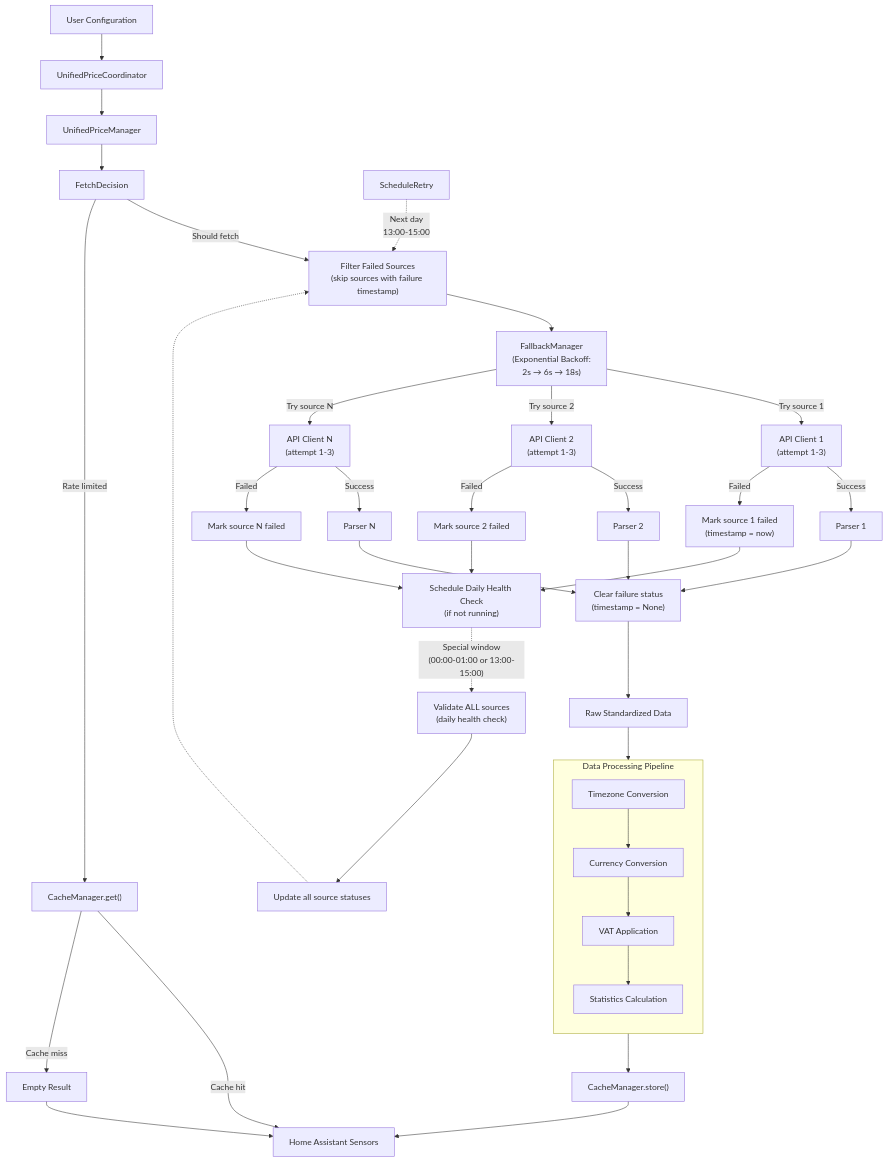
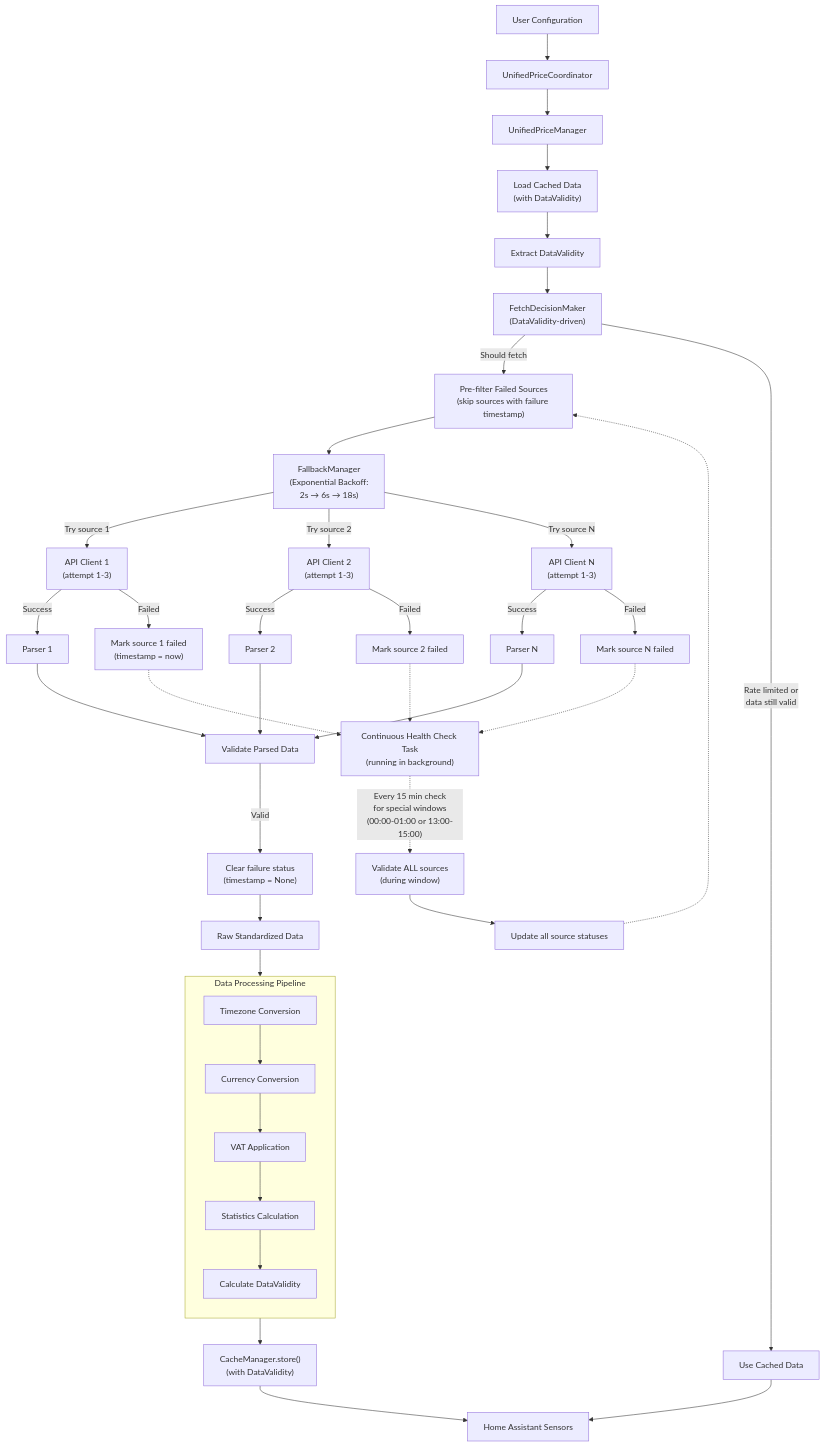
Before and after one commit to enoch85/ge-spot: the first of 4 diagrams in README.md, drawn with Mermaid. The commit also changed other lines of this file and 11 other files, not shown here.

````diff
--- a/README.md
+++ b/README.md
@@ -514,55 +514,56 @@
 ```mermaid
 flowchart TD
     Config["User Configuration"] --> Coord["UnifiedPriceCoordinator"]
     Coord --> UPM["UnifiedPriceManager"]
     
-    UPM --> FetchDecision["FetchDecision"]
-    FetchDecision --> |"Should fetch"| FilterSources["Filter Failed Sources<br/>(skip sources with failure timestamp)"]
-    FetchDecision --> |"Rate limited"| Cache["CacheManager.get()"]
+    UPM --> LoadCache["Load Cached Data<br/>(with DataValidity)"]
+    LoadCache --> ExtractValidity["Extract DataValidity"]
+    ExtractValidity --> FetchDecision["FetchDecisionMaker<br/>(DataValidity-driven)"]
+    
+    FetchDecision --> |"Should fetch"| FilterSources["Pre-filter Failed Sources<br/>(skip sources with failure timestamp)"]
+    FetchDecision --> |"Rate limited or<br/>data still valid"| UseCache["Use Cached Data"]
     
     FilterSources --> FallbackMgr["FallbackManager<br/>(Exponential Backoff:<br/>2s → 6s → 18s)"]
     
     FallbackMgr --> |"Try source 1"| API1["API Client 1<br/>(attempt 1-3)"]
     FallbackMgr --> |"Try source 2"| API2["API Client 2<br/>(attempt 1-3)"] 
     FallbackMgr --> |"Try source N"| APIN["API Client N<br/>(attempt 1-3)"]
     
     API1 --> |"Success"| Parser1["Parser 1"]
     API2 --> |"Success"| Parser2["Parser 2"]
     APIN --> |"Success"| ParserN["Parser N"]
     
     API1 --> |"Failed"| MarkFailed1["Mark source 1 failed<br/>(timestamp = now)"]
     API2 --> |"Failed"| MarkFailed2["Mark source 2 failed"]
     APIN --> |"Failed"| MarkFailedN["Mark source N failed"]
     
-    MarkFailed1 --> ScheduleHealthCheck["Schedule Daily Health Check<br/>(if not running)"]
-    MarkFailed2 --> ScheduleHealthCheck
-    MarkFailedN --> ScheduleHealthCheck
+    MarkFailed1 -.-> HealthCheckBG["Continuous Health Check Task<br/>(running in background)"]
+    MarkFailed2 -.-> HealthCheckBG
+    MarkFailedN -.-> HealthCheckBG
     
-    ScheduleHealthCheck -.-> |"Special window<br/>(00:00-01:00 or 13:00-15:00)"| HealthCheck["Validate ALL sources<br/>(daily health check)"]
+    HealthCheckBG -.-> |"Every 15 min check<br/>for special windows<br/>(00:00-01:00 or 13:00-15:00)"| HealthCheck["Validate ALL sources<br/>(during window)"]
     HealthCheck --> UpdateAllStatus["Update all source statuses"]
     UpdateAllStatus -.-> FilterSources
     
-    Parser1 --> ClearFailed["Clear failure status<br/>(timestamp = None)"]
-    Parser2 --> ClearFailed
-    ParserN --> ClearFailed
+    Parser1 --> Validate["Validate Parsed Data"]
+    Parser2 --> Validate
+    ParserN --> Validate
     
+    Validate --> |"Valid"| ClearFailed["Clear failure status<br/>(timestamp = None)"]
     ClearFailed --> RawData["Raw Standardized Data"]
     
     RawData --> DataProcessor["DataProcessor"]
     
     subgraph DataProcessor["Data Processing Pipeline"]
         direction TB
         TZ["Timezone Conversion"] --> Currency["Currency Conversion"]
         Currency --> VAT["VAT Application"]
         VAT --> Stats["Statistics Calculation"]
+        Stats --> CalcValidity["Calculate DataValidity"]
     end
     
-    DataProcessor --> CacheStore["CacheManager.store()"]
+    DataProcessor --> CacheStore["CacheManager.store()<br/>(with DataValidity)"]
     CacheStore --> Sensors["Home Assistant Sensors"]
     
-    Cache --> |"Cache hit"| Sensors
-    Cache --> |"Cache miss"| EmptyResult["Empty Result"]
-    EmptyResult --> Sensors
-    
-    ScheduleRetry -.-> |"Next day<br/>13:00-15:00"| FilterSources
+    UseCache --> Sensors
 ```
````
